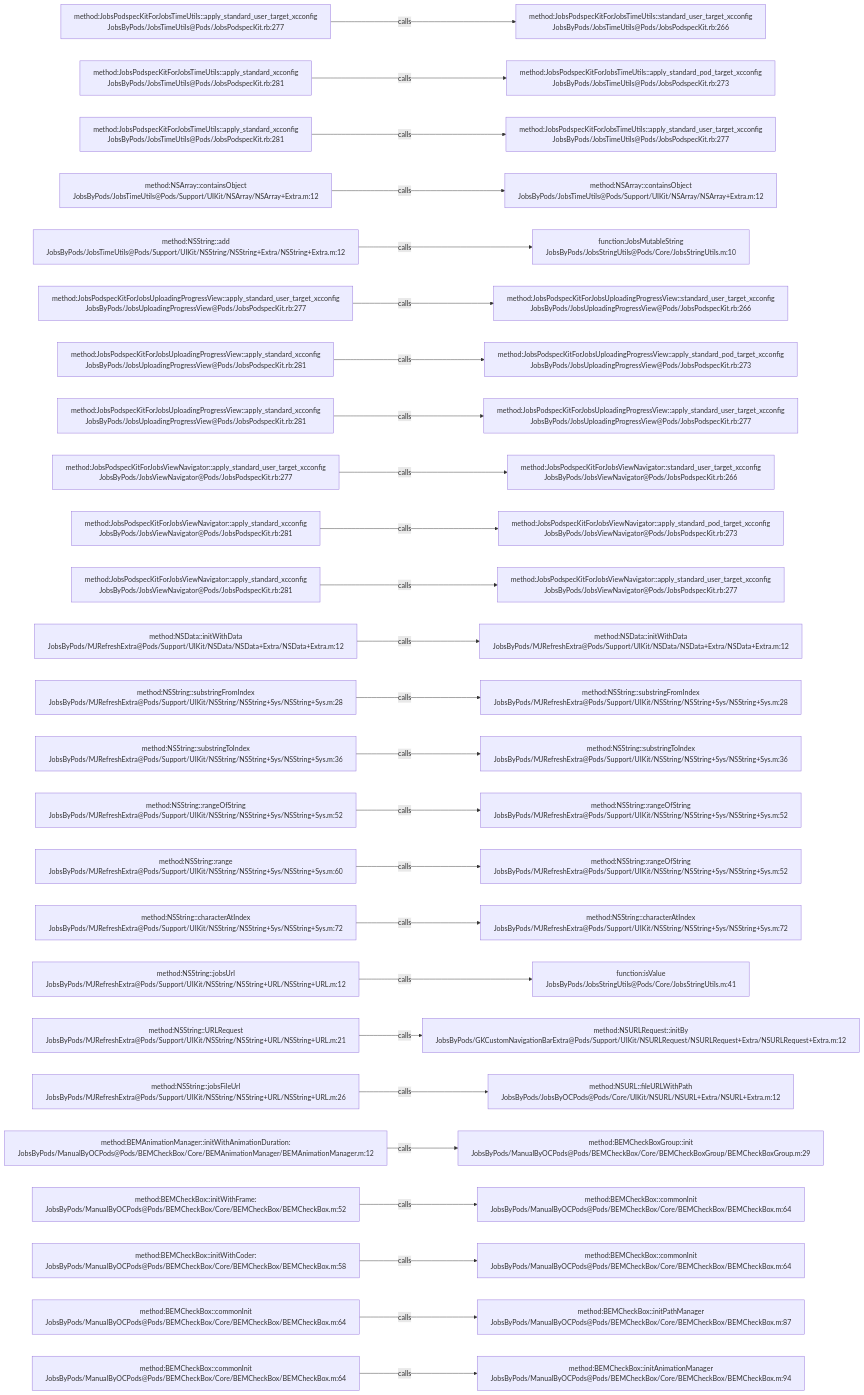
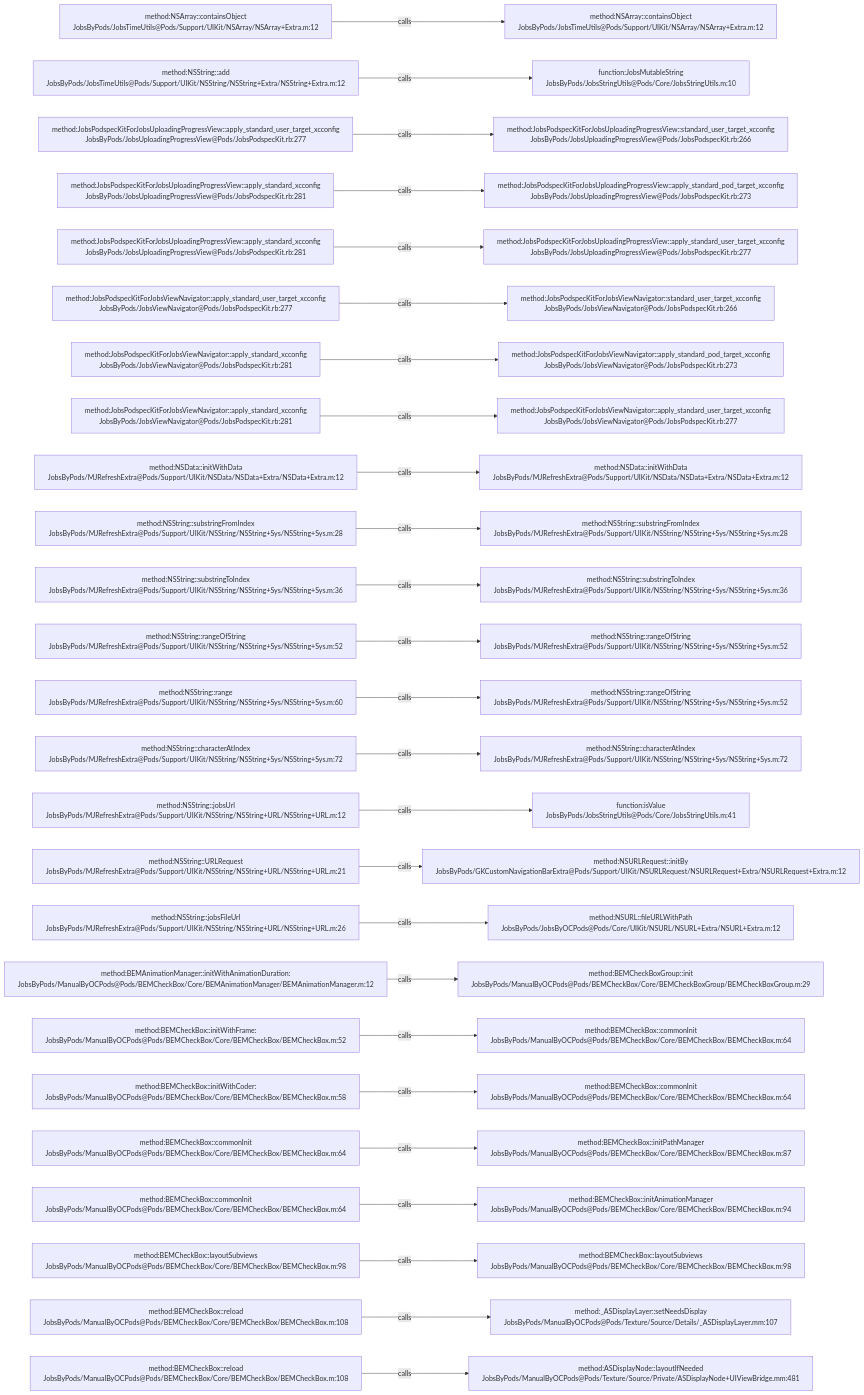
The diagram in .codegraph/codegraph.md/graphs/calls-017.md (JobsKits/JobsOCBaseConfigDemo), drawn with Mermaid before and after one commit. The commit also changed 342 other files, not shown here.

````diff
--- a/.codegraph/codegraph.md/graphs/calls-017.md
+++ b/.codegraph/codegraph.md/graphs/calls-017.md
@@ -13,78 +13,78 @@
 ```mermaid
 flowchart LR
-  S1["method:JobsPodspecKitForJobsTimeUtils::apply_standard_user_target_xcconfig<br/>JobsByPods/JobsTimeUtils@Pods/JobsPodspecKit.rb:277"]
-  T1["method:JobsPodspecKitForJobsTimeUtils::standard_user_target_xcconfig<br/>JobsByPods/JobsTimeUtils@Pods/JobsPodspecKit.rb:266"]
+  S1["method:NSArray::containsObject<br/>JobsByPods/JobsTimeUtils@Pods/Support/UIKit/NSArray/NSArray+Extra.m:12"]
+  T1["method:NSArray::containsObject<br/>JobsByPods/JobsTimeUtils@Pods/Support/UIKit/NSArray/NSArray+Extra.m:12"]
   S1 -->|calls| T1
-  S2["method:JobsPodspecKitForJobsTimeUtils::apply_standard_xcconfig<br/>JobsByPods/JobsTimeUtils@Pods/JobsPodspecKit.rb:281"]
-  T2["method:JobsPodspecKitForJobsTimeUtils::apply_standard_pod_target_xcconfig<br/>JobsByPods/JobsTimeUtils@Pods/JobsPodspecKit.rb:273"]
+  S2["method:NSString::add<br/>JobsByPods/JobsTimeUtils@Pods/Support/UIKit/NSString/NSString+Extra/NSString+Extra.m:12"]
+  T2["function:JobsMutableString<br/>JobsByPods/JobsStringUtils@Pods/Core/JobsStringUtils.m:10"]
   S2 -->|calls| T2
-  S3["method:JobsPodspecKitForJobsTimeUtils::apply_standard_xcconfig<br/>JobsByPods/JobsTimeUtils@Pods/JobsPodspecKit.rb:281"]
-  T3["method:JobsPodspecKitForJobsTimeUtils::apply_standard_user_target_xcconfig<br/>JobsByPods/JobsTimeUtils@Pods/JobsPodspecKit.rb:277"]
+  S3["method:JobsPodspecKitForJobsUploadingProgressView::apply_standard_user_target_xcconfig<br/>JobsByPods/JobsUploadingProgressView@Pods/JobsPodspecKit.rb:277"]
+  T3["method:JobsPodspecKitForJobsUploadingProgressView::standard_user_target_xcconfig<br/>JobsByPods/JobsUploadingProgressView@Pods/JobsPodspecKit.rb:266"]
   S3 -->|calls| T3
-  S4["method:NSArray::containsObject<br/>JobsByPods/JobsTimeUtils@Pods/Support/UIKit/NSArray/NSArray+Extra.m:12"]
-  T4["method:NSArray::containsObject<br/>JobsByPods/JobsTimeUtils@Pods/Support/UIKit/NSArray/NSArray+Extra.m:12"]
+  S4["method:JobsPodspecKitForJobsUploadingProgressView::apply_standard_xcconfig<br/>JobsByPods/JobsUploadingProgressView@Pods/JobsPodspecKit.rb:281"]
+  T4["method:JobsPodspecKitForJobsUploadingProgressView::apply_standard_pod_target_xcconfig<br/>JobsByPods/JobsUploadingProgressView@Pods/JobsPodspecKit.rb:273"]
   S4 -->|calls| T4
-  S5["method:NSString::add<br/>JobsByPods/JobsTimeUtils@Pods/Support/UIKit/NSString/NSString+Extra/NSString+Extra.m:12"]
-  T5["function:JobsMutableString<br/>JobsByPods/JobsStringUtils@Pods/Core/JobsStringUtils.m:10"]
+  S5["method:JobsPodspecKitForJobsUploadingProgressView::apply_standard_xcconfig<br/>JobsByPods/JobsUploadingProgressView@Pods/JobsPodspecKit.rb:281"]
+  T5["method:JobsPodspecKitForJobsUploadingProgressView::apply_standard_user_target_xcconfig<br/>JobsByPods/JobsUploadingProgressView@Pods/JobsPodspecKit.rb:277"]
   S5 -->|calls| T5
-  S6["method:JobsPodspecKitForJobsUploadingProgressView::apply_standard_user_target_xcconfig<br/>JobsByPods/JobsUploadingProgressView@Pods/JobsPodspecKit.rb:277"]
-  T6["method:JobsPodspecKitForJobsUploadingProgressView::standard_user_target_xcconfig<br/>JobsByPods/JobsUploadingProgressView@Pods/JobsPodspecKit.rb:266"]
+  S6["method:JobsPodspecKitForJobsViewNavigator::apply_standard_user_target_xcconfig<br/>JobsByPods/JobsViewNavigator@Pods/JobsPodspecKit.rb:277"]
+  T6["method:JobsPodspecKitForJobsViewNavigator::standard_user_target_xcconfig<br/>JobsByPods/JobsViewNavigator@Pods/JobsPodspecKit.rb:266"]
   S6 -->|calls| T6
-  S7["method:JobsPodspecKitForJobsUploadingProgressView::apply_standard_xcconfig<br/>JobsByPods/JobsUploadingProgressView@Pods/JobsPodspecKit.rb:281"]
-  T7["method:JobsPodspecKitForJobsUploadingProgressView::apply_standard_pod_target_xcconfig<br/>JobsByPods/JobsUploadingProgressView@Pods/JobsPodspecKit.rb:273"]
+  S7["method:JobsPodspecKitForJobsViewNavigator::apply_standard_xcconfig<br/>JobsByPods/JobsViewNavigator@Pods/JobsPodspecKit.rb:281"]
+  T7["method:JobsPodspecKitForJobsViewNavigator::apply_standard_pod_target_xcconfig<br/>JobsByPods/JobsViewNavigator@Pods/JobsPodspecKit.rb:273"]
   S7 -->|calls| T7
-  S8["method:JobsPodspecKitForJobsUploadingProgressView::apply_standard_xcconfig<br/>JobsByPods/JobsUploadingProgressView@Pods/JobsPodspecKit.rb:281"]
-  T8["method:JobsPodspecKitForJobsUploadingProgressView::apply_standard_user_target_xcconfig<br/>JobsByPods/JobsUploadingProgressView@Pods/JobsPodspecKit.rb:277"]
+  S8["method:JobsPodspecKitForJobsViewNavigator::apply_standard_xcconfig<br/>JobsByPods/JobsViewNavigator@Pods/JobsPodspecKit.rb:281"]
+  T8["method:JobsPodspecKitForJobsViewNavigator::apply_standard_user_target_xcconfig<br/>JobsByPods/JobsViewNavigator@Pods/JobsPodspecKit.rb:277"]
   S8 -->|calls| T8
-  S9["method:JobsPodspecKitForJobsViewNavigator::apply_standard_user_target_xcconfig<br/>JobsByPods/JobsViewNavigator@Pods/JobsPodspecKit.rb:277"]
-  T9["method:JobsPodspecKitForJobsViewNavigator::standard_user_target_xcconfig<br/>JobsByPods/JobsViewNavigator@Pods/JobsPodspecKit.rb:266"]
+  S9["method:NSData::initWithData<br/>JobsByPods/MJRefreshExtra@Pods/Support/UIKit/NSData/NSData+Extra/NSData+Extra.m:12"]
+  T9["method:NSData::initWithData<br/>JobsByPods/MJRefreshExtra@Pods/Support/UIKit/NSData/NSData+Extra/NSData+Extra.m:12"]
   S9 -->|calls| T9
-  S10["method:JobsPodspecKitForJobsViewNavigator::apply_standard_xcconfig<br/>JobsByPods/JobsViewNavigator@Pods/JobsPodspecKit.rb:281"]
-  T10["method:JobsPodspecKitForJobsViewNavigator::apply_standard_pod_target_xcconfig<br/>JobsByPods/JobsViewNavigator@Pods/JobsPodspecKit.rb:273"]
+  S10["method:NSString::substringFromIndex<br/>JobsByPods/MJRefreshExtra@Pods/Support/UIKit/NSString/NSString+Sys/NSString+Sys.m:28"]
+  T10["method:NSString::substringFromIndex<br/>JobsByPods/MJRefreshExtra@Pods/Support/UIKit/NSString/NSString+Sys/NSString+Sys.m:28"]
   S10 -->|calls| T10
-  S11["method:JobsPodspecKitForJobsViewNavigator::apply_standard_xcconfig<br/>JobsByPods/JobsViewNavigator@Pods/JobsPodspecKit.rb:281"]
-  T11["method:JobsPodspecKitForJobsViewNavigator::apply_standard_user_target_xcconfig<br/>JobsByPods/JobsViewNavigator@Pods/JobsPodspecKit.rb:277"]
+  S11["method:NSString::substringToIndex<br/>JobsByPods/MJRefreshExtra@Pods/Support/UIKit/NSString/NSString+Sys/NSString+Sys.m:36"]
+  T11["method:NSString::substringToIndex<br/>JobsByPods/MJRefreshExtra@Pods/Support/UIKit/NSString/NSString+Sys/NSString+Sys.m:36"]
   S11 -->|calls| T11
-  S12["method:NSData::initWithData<br/>JobsByPods/MJRefreshExtra@Pods/Support/UIKit/NSData/NSData+Extra/NSData+Extra.m:12"]
-  T12["method:NSData::initWithData<br/>JobsByPods/MJRefreshExtra@Pods/Support/UIKit/NSData/NSData+Extra/NSData+Extra.m:12"]
+  S12["method:NSString::rangeOfString<br/>JobsByPods/MJRefreshExtra@Pods/Support/UIKit/NSString/NSString+Sys/NSString+Sys.m:52"]
+  T12["method:NSString::rangeOfString<br/>JobsByPods/MJRefreshExtra@Pods/Support/UIKit/NSString/NSString+Sys/NSString+Sys.m:52"]
   S12 -->|calls| T12
-  S13["method:NSString::substringFromIndex<br/>JobsByPods/MJRefreshExtra@Pods/Support/UIKit/NSString/NSString+Sys/NSString+Sys.m:28"]
-  T13["method:NSString::substringFromIndex<br/>JobsByPods/MJRefreshExtra@Pods/Support/UIKit/NSString/NSString+Sys/NSString+Sys.m:28"]
+  S13["method:NSString::range<br/>JobsByPods/MJRefreshExtra@Pods/Support/UIKit/NSString/NSString+Sys/NSString+Sys.m:60"]
+  T13["method:NSString::rangeOfString<br/>JobsByPods/MJRefreshExtra@Pods/Support/UIKit/NSString/NSString+Sys/NSString+Sys.m:52"]
   S13 -->|calls| T13
-  S14["method:NSString::substringToIndex<br/>JobsByPods/MJRefreshExtra@Pods/Support/UIKit/NSString/NSString+Sys/NSString+Sys.m:36"]
-  T14["method:NSString::substringToIndex<br/>JobsByPods/MJRefreshExtra@Pods/Support/UIKit/NSString/NSString+Sys/NSString+Sys.m:36"]
+  S14["method:NSString::characterAtIndex<br/>JobsByPods/MJRefreshExtra@Pods/Support/UIKit/NSString/NSString+Sys/NSString+Sys.m:72"]
+  T14["method:NSString::characterAtIndex<br/>JobsByPods/MJRefreshExtra@Pods/Support/UIKit/NSString/NSString+Sys/NSString+Sys.m:72"]
   S14 -->|calls| T14
-  S15["method:NSString::rangeOfString<br/>JobsByPods/MJRefreshExtra@Pods/Support/UIKit/NSString/NSString+Sys/NSString+Sys.m:52"]
-  T15["method:NSString::rangeOfString<br/>JobsByPods/MJRefreshExtra@Pods/Support/UIKit/NSString/NSString+Sys/NSString+Sys.m:52"]
+  S15["method:NSString::jobsUrl<br/>JobsByPods/MJRefreshExtra@Pods/Support/UIKit/NSString/NSString+URL/NSString+URL.m:12"]
+  T15["function:isValue<br/>JobsByPods/JobsStringUtils@Pods/Core/JobsStringUtils.m:41"]
   S15 -->|calls| T15
-  S16["method:NSString::range<br/>JobsByPods/MJRefreshExtra@Pods/Support/UIKit/NSString/NSString+Sys/NSString+Sys.m:60"]
-  T16["method:NSString::rangeOfString<br/>JobsByPods/MJRefreshExtra@Pods/Support/UIKit/NSString/NSString+Sys/NSString+Sys.m:52"]
+  S16["method:NSString::URLRequest<br/>JobsByPods/MJRefreshExtra@Pods/Support/UIKit/NSString/NSString+URL/NSString+URL.m:21"]
+  T16["method:NSURLRequest::initBy<br/>JobsByPods/GKCustomNavigationBarExtra@Pods/Support/UIKit/NSURLRequest/NSURLRequest+Extra/NSURLRequest+Extra.m:12"]
   S16 -->|calls| T16
-  S17["method:NSString::characterAtIndex<br/>JobsByPods/MJRefreshExtra@Pods/Support/UIKit/NSString/NSString+Sys/NSString+Sys.m:72"]
-  T17["method:NSString::characterAtIndex<br/>JobsByPods/MJRefreshExtra@Pods/Support/UIKit/NSString/NSString+Sys/NSString+Sys.m:72"]
+  S17["method:NSString::jobsFileUrl<br/>JobsByPods/MJRefreshExtra@Pods/Support/UIKit/NSString/NSString+URL/NSString+URL.m:26"]
+  T17["method:NSURL::fileURLWithPath<br/>JobsByPods/JobsByOCPods@Pods/Core/UIKit/NSURL/NSURL+Extra/NSURL+Extra.m:12"]
   S17 -->|calls| T17
-  S18["method:NSString::jobsUrl<br/>JobsByPods/MJRefreshExtra@Pods/Support/UIKit/NSString/NSString+URL/NSString+URL.m:12"]
-  T18["function:isValue<br/>JobsByPods/JobsStringUtils@Pods/Core/JobsStringUtils.m:41"]
+  S18["method:BEMAnimationManager::initWithAnimationDuration:<br/>JobsByPods/ManualByOCPods@Pods/BEMCheckBox/Core/BEMAnimationManager/BEMAnimationManager.m:12"]
+  T18["method:BEMCheckBoxGroup::init<br/>JobsByPods/ManualByOCPods@Pods/BEMCheckBox/Core/BEMCheckBoxGroup/BEMCheckBoxGroup.m:29"]
   S18 -->|calls| T18
-  S19["method:NSString::URLRequest<br/>JobsByPods/MJRefreshExtra@Pods/Support/UIKit/NSString/NSString+URL/NSString+URL.m:21"]
-  T19["method:NSURLRequest::initBy<br/>JobsByPods/GKCustomNavigationBarExtra@Pods/Support/UIKit/NSURLRequest/NSURLRequest+Extra/NSURLRequest+Extra.m:12"]
+  S19["method:BEMCheckBox::initWithFrame:<br/>JobsByPods/ManualByOCPods@Pods/BEMCheckBox/Core/BEMCheckBox/BEMCheckBox.m:52"]
+  T19["method:BEMCheckBox::commonInit<br/>JobsByPods/ManualByOCPods@Pods/BEMCheckBox/Core/BEMCheckBox/BEMCheckBox.m:64"]
   S19 -->|calls| T19
-  S20["method:NSString::jobsFileUrl<br/>JobsByPods/MJRefreshExtra@Pods/Support/UIKit/NSString/NSString+URL/NSString+URL.m:26"]
-  T20["method:NSURL::fileURLWithPath<br/>JobsByPods/JobsByOCPods@Pods/Core/UIKit/NSURL/NSURL+Extra/NSURL+Extra.m:12"]
+  S20["method:BEMCheckBox::initWithCoder:<br/>JobsByPods/ManualByOCPods@Pods/BEMCheckBox/Core/BEMCheckBox/BEMCheckBox.m:58"]
+  T20["method:BEMCheckBox::commonInit<br/>JobsByPods/ManualByOCPods@Pods/BEMCheckBox/Core/BEMCheckBox/BEMCheckBox.m:64"]
   S20 -->|calls| T20
-  S21["method:BEMAnimationManager::initWithAnimationDuration:<br/>JobsByPods/ManualByOCPods@Pods/BEMCheckBox/Core/BEMAnimationManager/BEMAnimationManager.m:12"]
-  T21["method:BEMCheckBoxGroup::init<br/>JobsByPods/ManualByOCPods@Pods/BEMCheckBox/Core/BEMCheckBoxGroup/BEMCheckBoxGroup.m:29"]
+  S21["method:BEMCheckBox::commonInit<br/>JobsByPods/ManualByOCPods@Pods/BEMCheckBox/Core/BEMCheckBox/BEMCheckBox.m:64"]
+  T21["method:BEMCheckBox::initPathManager<br/>JobsByPods/ManualByOCPods@Pods/BEMCheckBox/Core/BEMCheckBox/BEMCheckBox.m:87"]
   S21 -->|calls| T21
-  S22["method:BEMCheckBox::initWithFrame:<br/>JobsByPods/ManualByOCPods@Pods/BEMCheckBox/Core/BEMCheckBox/BEMCheckBox.m:52"]
-  T22["method:BEMCheckBox::commonInit<br/>JobsByPods/ManualByOCPods@Pods/BEMCheckBox/Core/BEMCheckBox/BEMCheckBox.m:64"]
+  S22["method:BEMCheckBox::commonInit<br/>JobsByPods/ManualByOCPods@Pods/BEMCheckBox/Core/BEMCheckBox/BEMCheckBox.m:64"]
+  T22["method:BEMCheckBox::initAnimationManager<br/>JobsByPods/ManualByOCPods@Pods/BEMCheckBox/Core/BEMCheckBox/BEMCheckBox.m:94"]
   S22 -->|calls| T22
-  S23["method:BEMCheckBox::initWithCoder:<br/>JobsByPods/ManualByOCPods@Pods/BEMCheckBox/Core/BEMCheckBox/BEMCheckBox.m:58"]
-  T23["method:BEMCheckBox::commonInit<br/>JobsByPods/ManualByOCPods@Pods/BEMCheckBox/Core/BEMCheckBox/BEMCheckBox.m:64"]
+  S23["method:BEMCheckBox::layoutSubviews<br/>JobsByPods/ManualByOCPods@Pods/BEMCheckBox/Core/BEMCheckBox/BEMCheckBox.m:98"]
+  T23["method:BEMCheckBox::layoutSubviews<br/>JobsByPods/ManualByOCPods@Pods/BEMCheckBox/Core/BEMCheckBox/BEMCheckBox.m:98"]
   S23 -->|calls| T23
-  S24["method:BEMCheckBox::commonInit<br/>JobsByPods/ManualByOCPods@Pods/BEMCheckBox/Core/BEMCheckBox/BEMCheckBox.m:64"]
-  T24["method:BEMCheckBox::initPathManager<br/>JobsByPods/ManualByOCPods@Pods/BEMCheckBox/Core/BEMCheckBox/BEMCheckBox.m:87"]
+  S24["method:BEMCheckBox::reload<br/>JobsByPods/ManualByOCPods@Pods/BEMCheckBox/Core/BEMCheckBox/BEMCheckBox.m:108"]
+  T24["method:_ASDisplayLayer::setNeedsDisplay<br/>JobsByPods/ManualByOCPods@Pods/Texture/Source/Details/_ASDisplayLayer.mm:107"]
   S24 -->|calls| T24
-  S25["method:BEMCheckBox::commonInit<br/>JobsByPods/ManualByOCPods@Pods/BEMCheckBox/Core/BEMCheckBox/BEMCheckBox.m:64"]
-  T25["method:BEMCheckBox::initAnimationManager<br/>JobsByPods/ManualByOCPods@Pods/BEMCheckBox/Core/BEMCheckBox/BEMCheckBox.m:94"]
+  S25["method:BEMCheckBox::reload<br/>JobsByPods/ManualByOCPods@Pods/BEMCheckBox/Core/BEMCheckBox/BEMCheckBox.m:108"]
+  T25["method:ASDisplayNode::layoutIfNeeded<br/>JobsByPods/ManualByOCPods@Pods/Texture/Source/Private/ASDisplayNode+UIViewBridge.mm:481"]
   S25 -->|calls| T25
 ```
````
